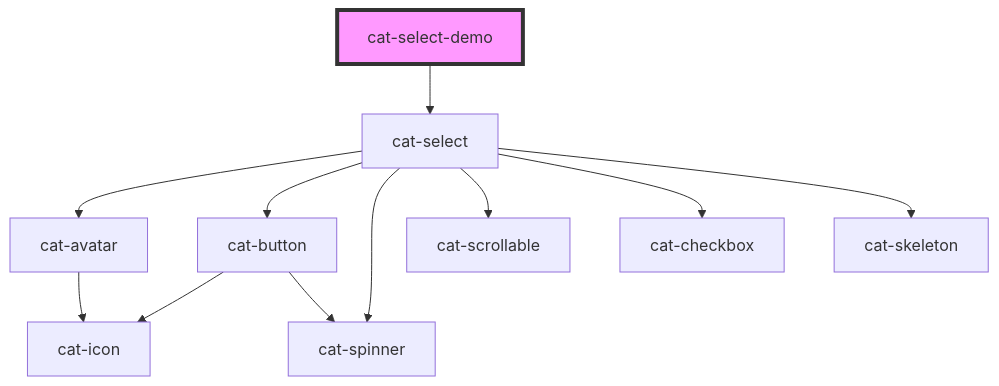
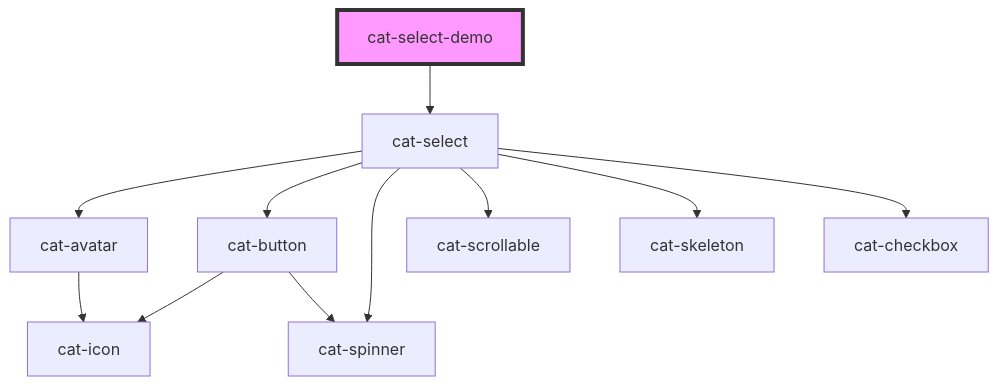
Before and after one commit to haiilo/catalyst: the diagram in core/src/components/cat-select-demo/readme.md, drawn with Mermaid. The commit also changed other lines of this file and 5 other files, not shown here.

````diff
--- a/core/src/components/cat-select-demo/readme.md
+++ b/core/src/components/cat-select-demo/readme.md
@@ -15,14 +15,14 @@
 ```mermaid
 graph TD;
   cat-select-demo --> cat-select
   cat-select --> cat-avatar
   cat-select --> cat-button
   cat-select --> cat-spinner
   cat-select --> cat-scrollable
+  cat-select --> cat-skeleton
   cat-select --> cat-checkbox
-  cat-select --> cat-skeleton
   cat-avatar --> cat-icon
   cat-button --> cat-icon
   cat-button --> cat-spinner
   style cat-select-demo fill:#f9f,stroke:#333,stroke-width:4px
 ```
````
